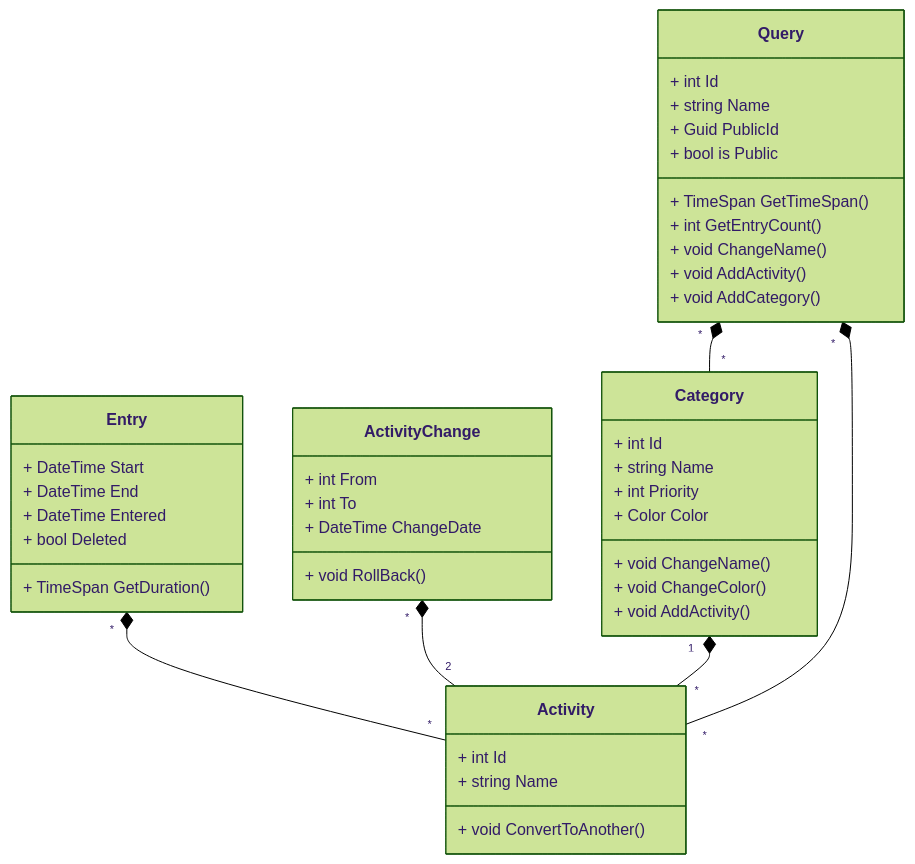
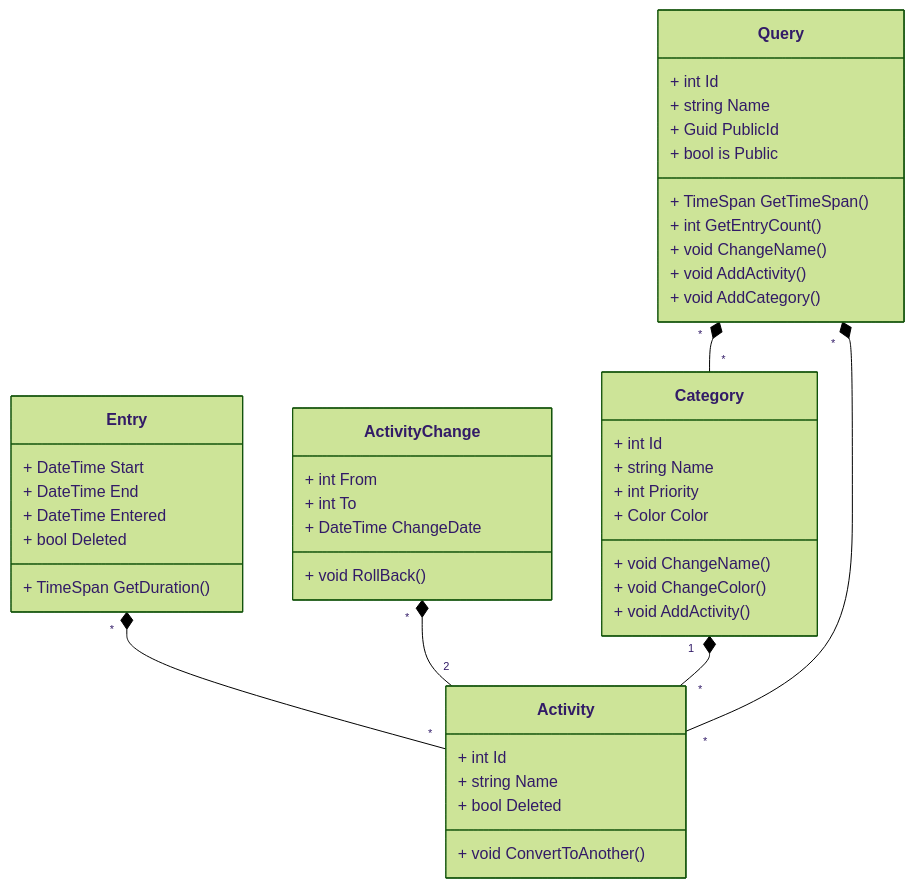
One commit to theodor349/WeeklyReview changed the first of 5 diagrams in Documentation/Design Analysis/Problem Domain Analysis.md. Above: the diagram before and after it, drawn with Mermaid (forest theme). The commit also changed other lines of this file, not shown here.

Commit message:
State Chart Diagrams

````diff
--- a/Documentation/Design Analysis/Problem Domain Analysis.md
+++ b/Documentation/Design Analysis/Problem Domain Analysis.md
@@ -109,47 +109,48 @@
 ```mermaid
 classDiagram
   Entry "*" *-- "*" Activity 
   ActivityChange "*" *-- "2" Activity 
   Category "1" *-- "*" Activity
   Query "*" *-- "*" Activity
   Query "*" *-- "*" Category
 
   class Entry {
     + DateTime Start
     + DateTime End
     + DateTime Entered
     + bool Deleted
     + TimeSpan GetDuration()
   }
   class Activity {
     + int Id
     + string Name
+    + bool Deleted
     + void ConvertToAnother()
   }
   class ActivityChange{
     + int From
     + int To
     + DateTime ChangeDate
     + void RollBack()
   }
   class Category {
     + int Id
     + string Name
     + int Priority
     + Color Color
     + void ChangeName()
     + void ChangeColor()
     + void AddActivity()
   }
   class Query {
     + int Id
     + string Name
     + Guid PublicId
     + bool is Public
     + TimeSpan GetTimeSpan()
     + int GetEntryCount()
     + void ChangeName()
     + void AddActivity()
     + void AddCategory()
   }
 ```
````
